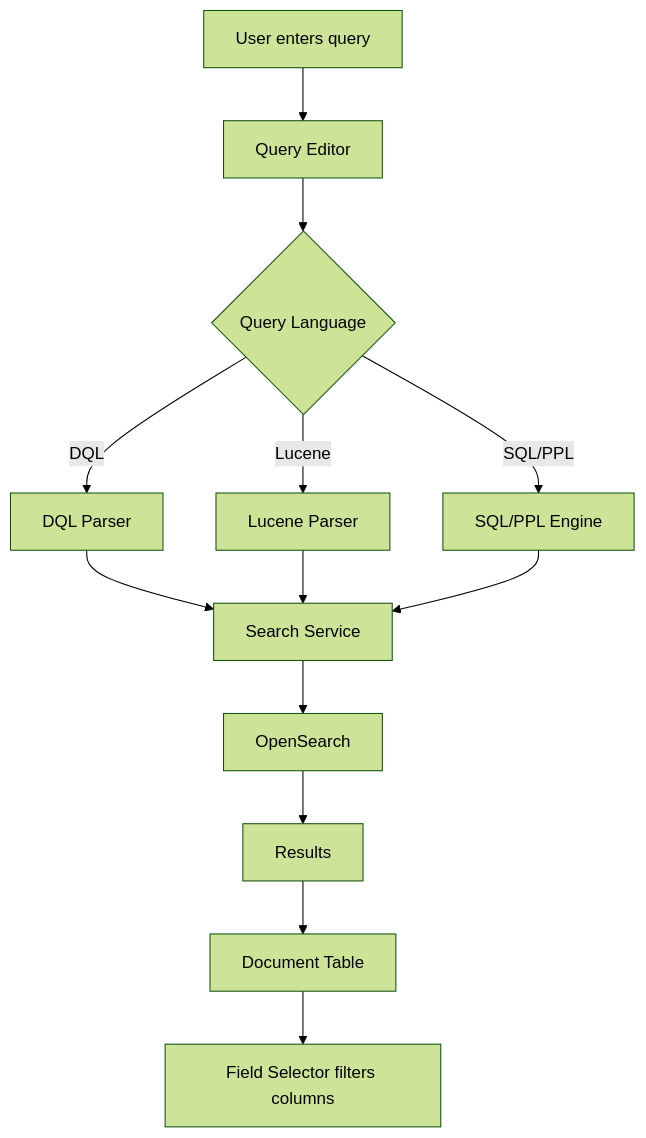
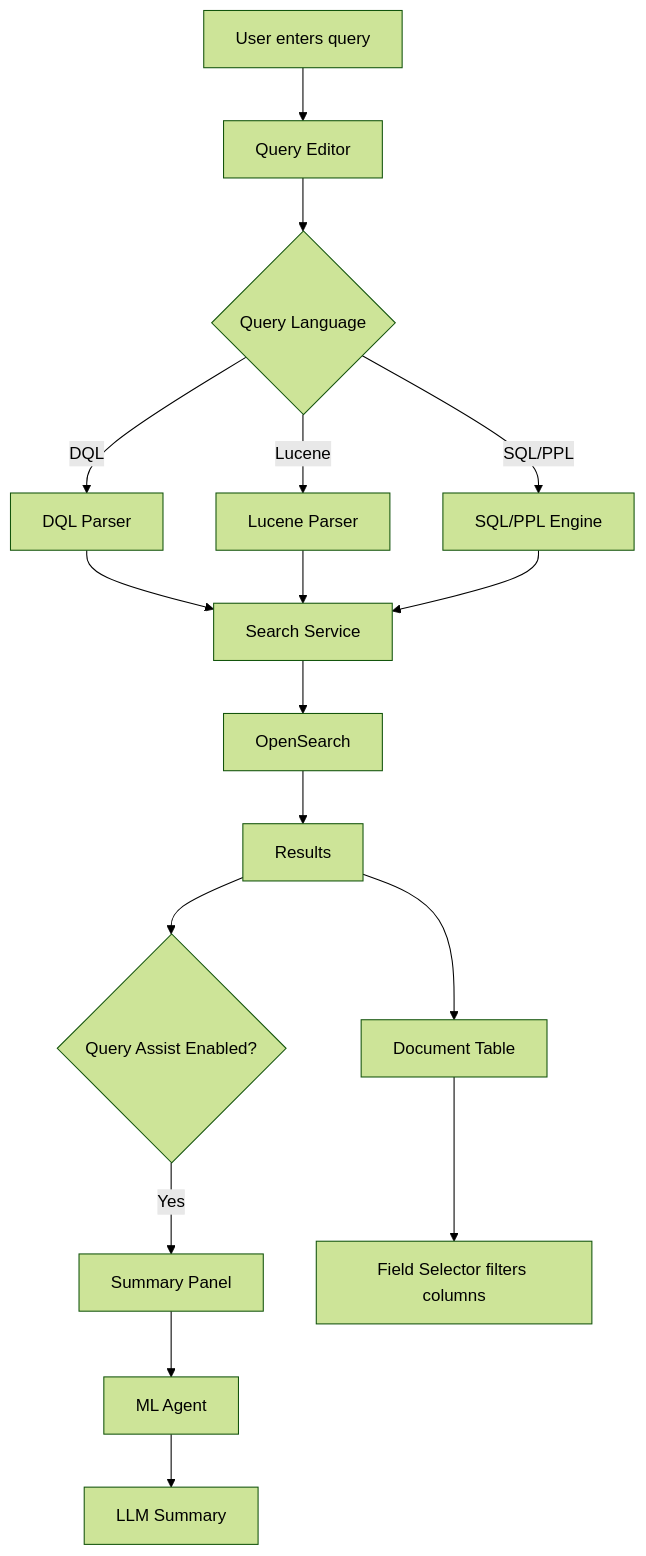
The second of 2 diagrams in docs/features/opensearch-dashboards/discover.md (tkykenmt/opensearch-feature-explorer), drawn with Mermaid (forest theme) before and after one commit. The commit also changed other lines of this file and 2 other files, not shown here.

````diff
--- a/docs/features/opensearch-dashboards/discover.md
+++ b/docs/features/opensearch-dashboards/discover.md
@@ -46,15 +61,19 @@
 ```mermaid
 flowchart TB
     A[User enters query] --> B[Query Editor]
     B --> C{Query Language}
     C -->|DQL| D[DQL Parser]
     C -->|Lucene| E[Lucene Parser]
     C -->|SQL/PPL| F[SQL/PPL Engine]
     D --> G[Search Service]
     E --> G
     F --> G
     G --> H[OpenSearch]
     H --> I[Results]
     I --> J[Document Table]
-    J --> K[Field Selector filters columns]
+    I --> K{Query Assist Enabled?}
+    K -->|Yes| L[Summary Panel]
+    L --> M[ML Agent]
+    M --> N[LLM Summary]
+    J --> O[Field Selector filters columns]
 ```
````
